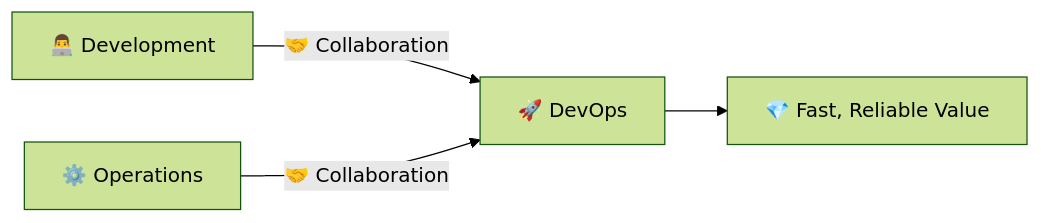
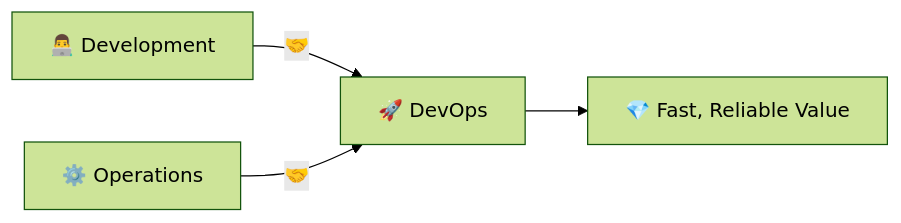
Before and after one commit to inno-devops-labs/DevOps-Core-Course: the fifth of 14 diagrams in lectures/lec1.md, drawn with Mermaid (forest theme). The commit also changed other lines of this file and 24 other files, not shown here.

````diff
--- a/lectures/lec1.md
+++ b/lectures/lec1.md
@@ -178,6 +171,6 @@
 ```mermaid
 flowchart LR
-  Dev[👨‍💻 Development] -->|🤝 Collaboration| DevOps[🚀 DevOps]
-  Ops[⚙️ Operations] -->|🤝 Collaboration| DevOps
+  Dev[👨‍💻 Development] -->|🤝| DevOps[🚀 DevOps]
+  Ops[⚙️ Operations] -->|🤝| DevOps
   DevOps --> Value[💎 Fast, Reliable Value]
 ```
````
